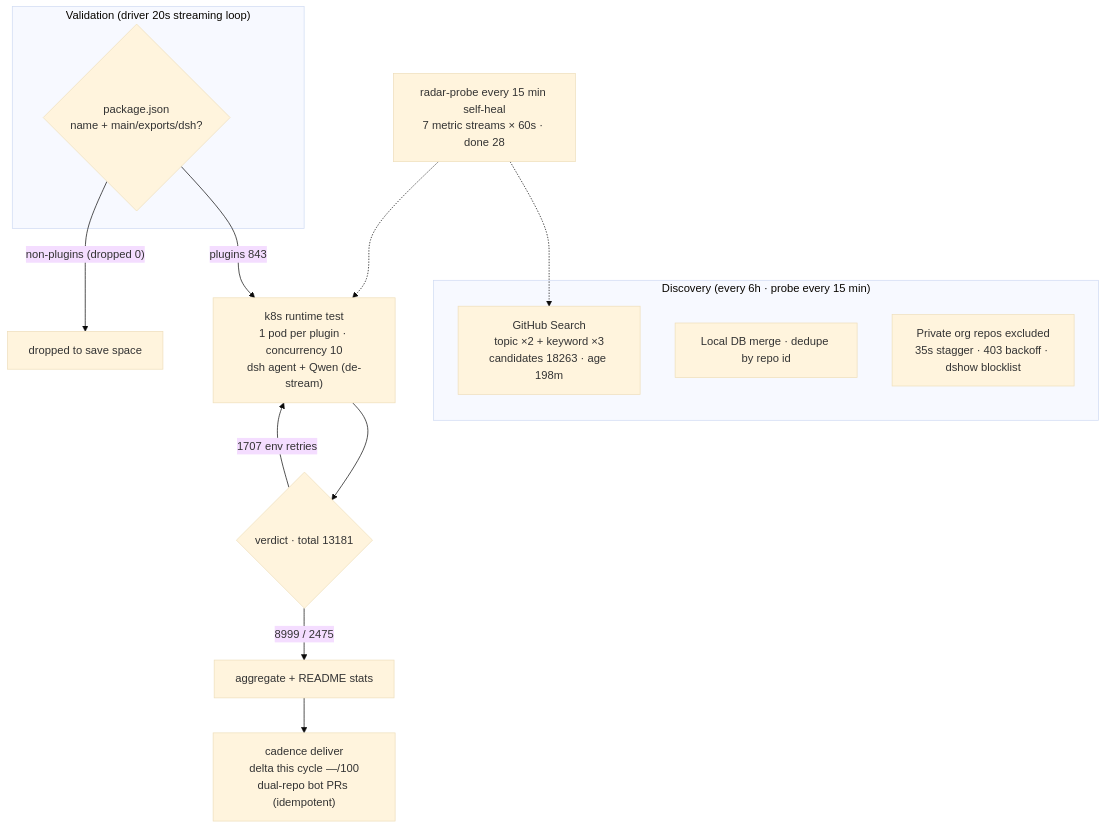
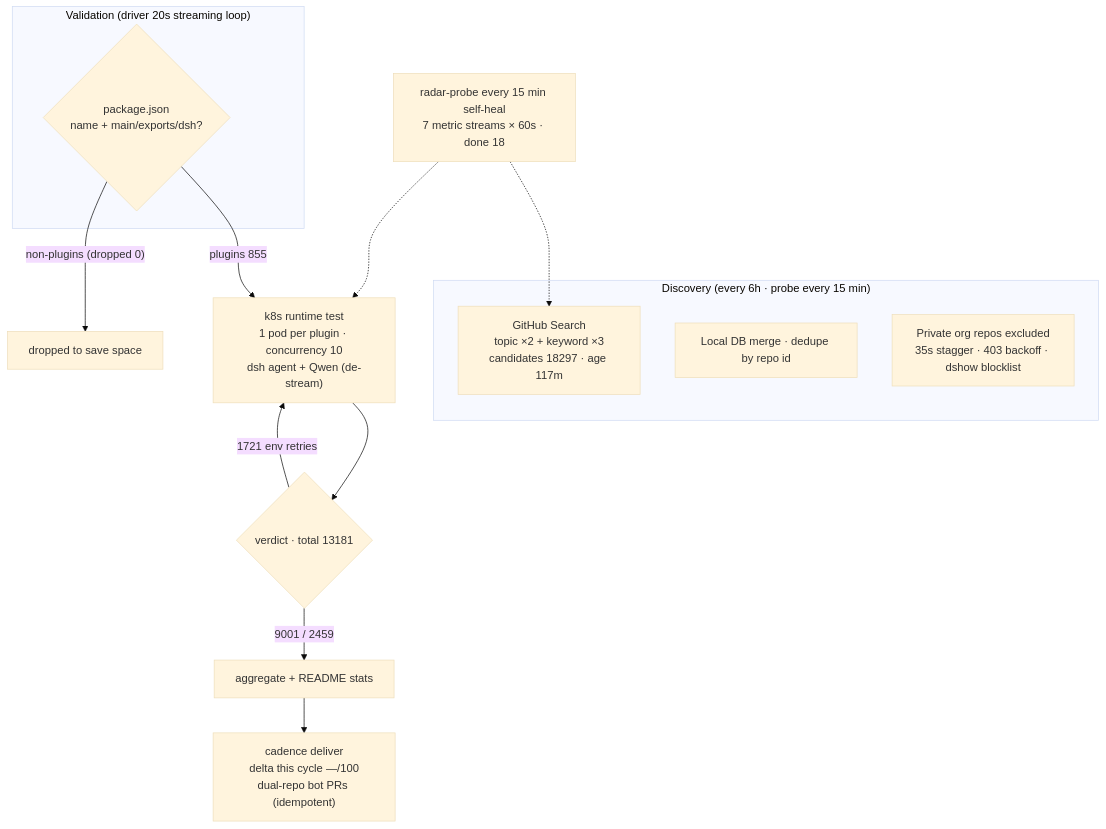
Before and after one commit to Zhidao-Lab-OSS/awesome-dsh-plugins: the diagram in README.en-US.md, drawn with Mermaid (base theme). The commit also changed other lines of this file and 1 other file, not shown here.

````diff
--- a/README.en-US.md
+++ b/README.en-US.md
@@ -45,20 +45,20 @@
 ```mermaid
 flowchart TB
     subgraph Discovery["Discovery (every 6h · probe every 15 min)"]
-        A1["GitHub Search<br/>topic ×2 + keyword ×3<br/>candidates 18263 · age 198m"]
+        A1["GitHub Search<br/>topic ×2 + keyword ×3<br/>candidates 18297 · age 117m"]
         A2["Local DB merge · dedupe by repo id"]
         A3["Private org repos excluded<br/>35s stagger · 403 backoff · dshow blocklist"]
     end
     subgraph Validation["Validation (driver 20s streaming loop)"]
         B1{"package.json<br/>name + main/exports/dsh?"}
     end
-    B1 -->|"plugins 843"| C1["k8s runtime test<br/>1 pod per plugin · concurrency 10<br/>dsh agent + Qwen (de-stream)"]
+    B1 -->|"plugins 855"| C1["k8s runtime test<br/>1 pod per plugin · concurrency 10<br/>dsh agent + Qwen (de-stream)"]
     B1 -->|"non-plugins (dropped 0)"| B3["dropped to save space"]
     C1 --> D1{"verdict · total 13181"}
-    D1 -->|"8999 / 2475"| E1["aggregate + README stats"]
-    D1 -->|"1707 env retries"| C1
+    D1 -->|"9001 / 2459"| E1["aggregate + README stats"]
+    D1 -->|"1721 env retries"| C1
     E1 --> E2["cadence deliver<br/>delta this cycle —/100<br/>dual-repo bot PRs (idempotent)"]
-    M["radar-probe every 15 min self-heal<br/>7 metric streams × 60s · done 28"]
+    M["radar-probe every 15 min self-heal<br/>7 metric streams × 60s · done 18"]
     M -.-> A1
     M -.-> C1
 ```
````
